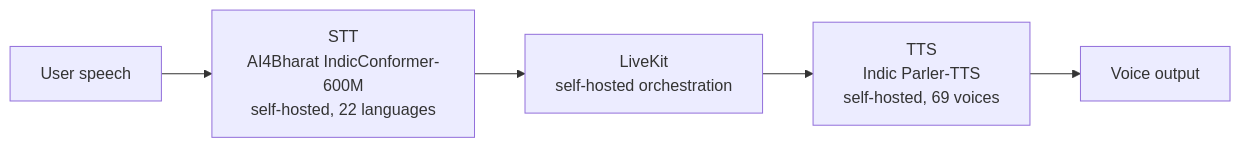
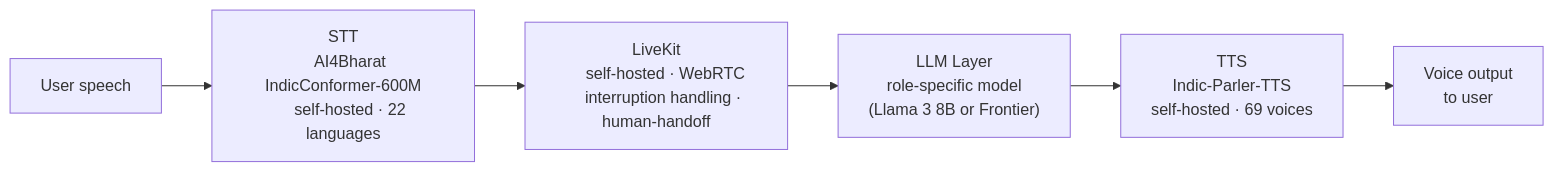
The sixth of 11 diagrams in 1. Overall Architecture/technical_architecture_HLD.md (cozmox-projects/good-score-ai-system), drawn with Mermaid before and after one commit. The commit also changed other lines of this file, not shown here.

Commit message:
Updated the Technical Architecture document to cleaned up version

````diff
--- a/1. Overall Architecture/technical_architecture_HLD.md
+++ b/1. Overall Architecture/technical_architecture_HLD.md
@@ -86,7 +483,17 @@
 ```mermaid
 flowchart LR
-    U["User speech"] --> STT["STT<br/>AI4Bharat IndicConformer-600M<br/>self-hosted, 22 languages"]
-    STT --> ORCH["LiveKit<br/>self-hosted orchestration"]
-    ORCH --> TTS["TTS<br/>Indic Parler-TTS<br/>self-hosted, 69 voices"]
-    TTS --> OUT["Voice output"]
+    U["User speech"] --> STT["STT
+    AI4Bharat IndicConformer-600M
+    self-hosted · 22 languages"]
+    STT --> LK["LiveKit
+    self-hosted · WebRTC
+    interruption handling · human-handoff"]
+    LK --> LLM["LLM Layer
+    role-specific model
+    (Llama 3 8B or Frontier)"]
+    LLM --> TTS["TTS
+    Indic-Parler-TTS
+    self-hosted · 69 voices"]
+    TTS --> OUT["Voice output
+    to user"]
 ```
````
